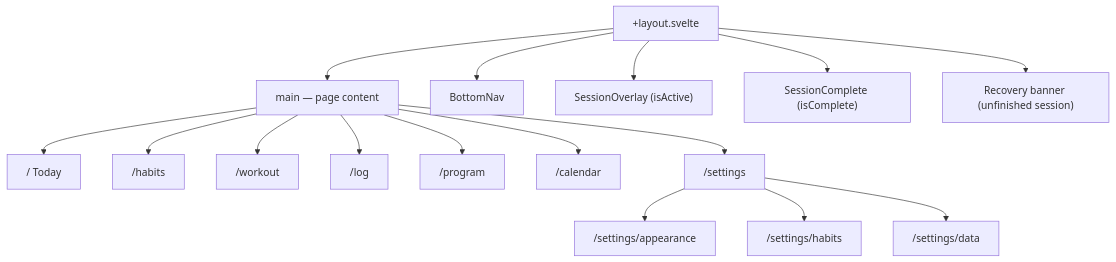
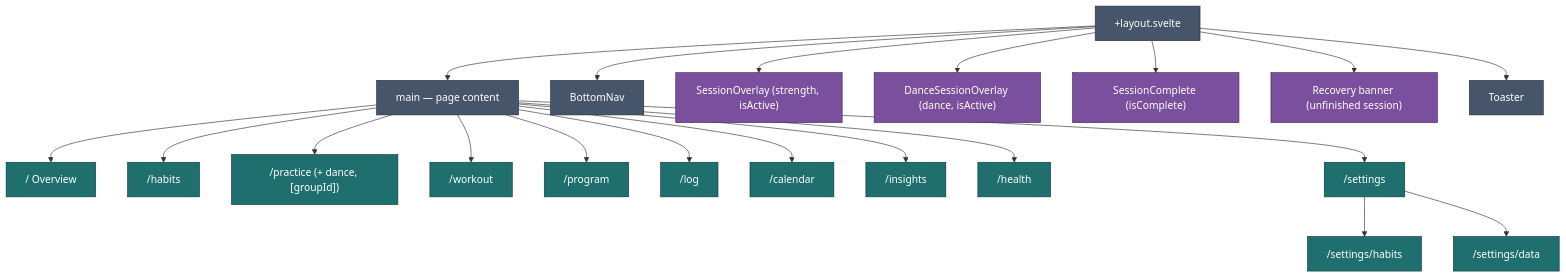
Before and after one commit to jermbo/CosmicWorkOut: the first of 2 diagrams in docs/implementation/app-structure.md, drawn with Mermaid. The commit also changed other lines of this file and 55 other files, not shown here.

````diff
--- a/docs/implementation/app-structure.md
+++ b/docs/implementation/app-structure.md
@@ -31,20 +34,31 @@
 ```mermaid
 flowchart TB
     Layout["+layout.svelte"]
     Layout --> Main["main — page content"]
     Layout --> Nav[BottomNav]
-    Layout --> Overlay["SessionOverlay (isActive)"]
+    Layout --> Overlay["SessionOverlay (strength, isActive)"]
+    Layout --> Dance["DanceSessionOverlay (dance, isActive)"]
     Layout --> Complete["SessionComplete (isComplete)"]
     Layout --> Recovery["Recovery banner (unfinished session)"]
+    Layout --> Toast["Toaster"]
 
-    Main --> Today["/ Today"]
+    Main --> Today["/ Overview"]
     Main --> Habits["/habits"]
+    Main --> Practice["/practice (+ dance, [groupId])"]
     Main --> Workout["/workout"]
+    Main --> Program["/program"]
     Main --> Log["/log"]
-    Main --> Program["/program"]
     Main --> Calendar["/calendar"]
+    Main --> Insights["/insights"]
+    Main --> Health["/health"]
     Main --> Settings["/settings"]
-    Settings --> SettingsApp["/settings/appearance"]
     Settings --> SettingsHab["/settings/habits"]
     Settings --> SettingsData["/settings/data"]
+
+    classDef shell fill:#465569,stroke:#28313e,color:#ffffff;
+    classDef overlay fill:#7a4f9e,stroke:#46295c,color:#ffffff;
+    classDef route fill:#1f6f6f,stroke:#0f3a3a,color:#ffffff;
+    class Layout,Main,Nav,Toast shell;
+    class Overlay,Dance,Complete,Recovery overlay;
+    class Today,Habits,Practice,Workout,Program,Log,Calendar,Insights,Health,Settings,SettingsHab,SettingsData route;
 ```
````
